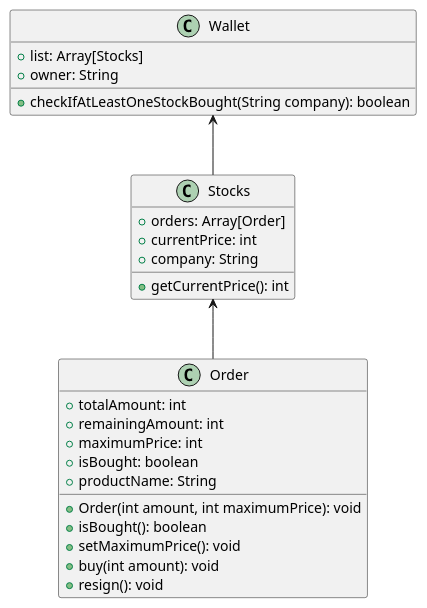
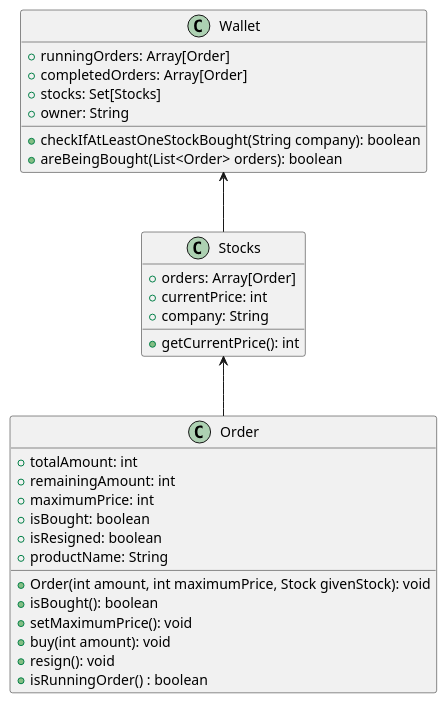
One commit to FlorDM7/OGP changed the diagram in Oefenzitting3/ClassDiagramOef2.puml. Above: the diagram before and after it, drawn with PlantUML. The commit also changed 3 other files, not shown here.

```diff
--- a/Oefenzitting3/ClassDiagramOef2.puml
+++ b/Oefenzitting3/ClassDiagramOef2.puml
@@ -1,59 +1,64 @@
 @startuml
 'https://plantuml.com/class-diagram
 
 'abstract class AbstractList
 'abstract AbstractCollection
 'interface List
 'interface Collection
 
 'List <|-- AbstractList
 'Collection <|-- AbstractCollection
 
 'Collection <|- List
 'AbstractCollection <|- AbstractList
 'AbstractList <|-- ArrayList
 
 'class ArrayList {
 'Object[] elementData
 'size()
 '}
 
 'enum TimeUnit {
 'DAYS
 'HOURS
 'MINUTES
 '}
 
 class Wallet{
-+list: Array[Stocks]
++runningOrders: Array[Order]
++completedOrders: Array[Order]
++stocks: Set[Stocks]
 +owner: String
 
 +checkIfAtLeastOneStockBought(String company): boolean
++areBeingBought(List<Order> orders): boolean
 }
 
 class Stocks{
 +orders: Array[Order]
 +currentPrice: int
 +company: String
 
 +getCurrentPrice(): int
 }
 
 class Order{
 +totalAmount: int
 +remainingAmount: int
 +maximumPrice: int
 +isBought: boolean
++isResigned: boolean
 +productName: String
 
-+Order(int amount, int maximumPrice): void
++Order(int amount, int maximumPrice, Stock givenStock): void
 +isBought(): boolean
 +setMaximumPrice(): void
 +buy(int amount): void
 +resign(): void
++isRunningOrder() : boolean
 }
 
 Wallet <-- Stocks
 Stocks <-- Order
 
 @enduml
```
